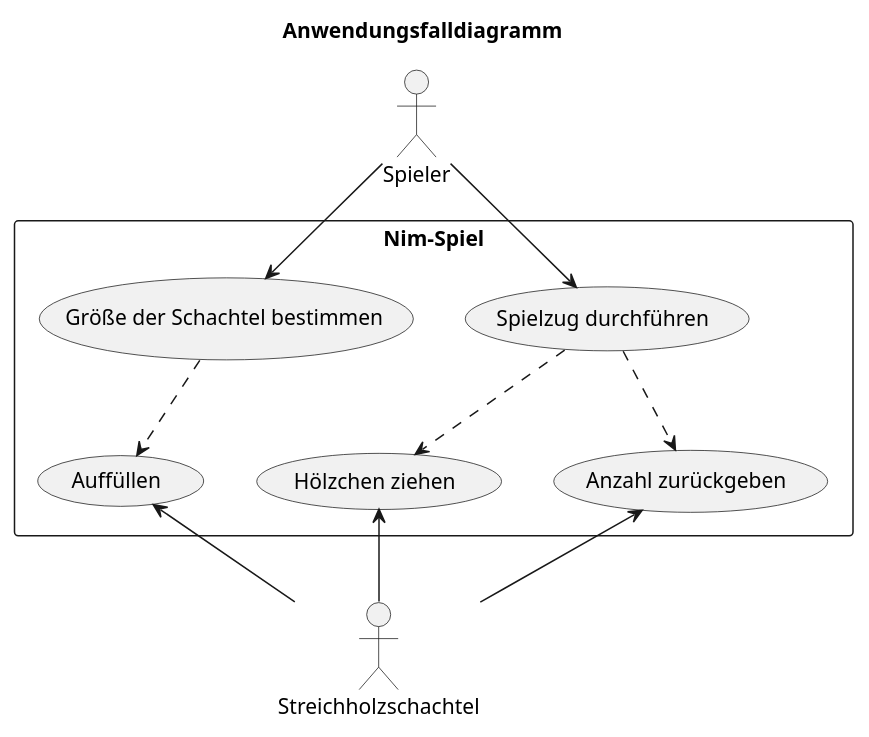
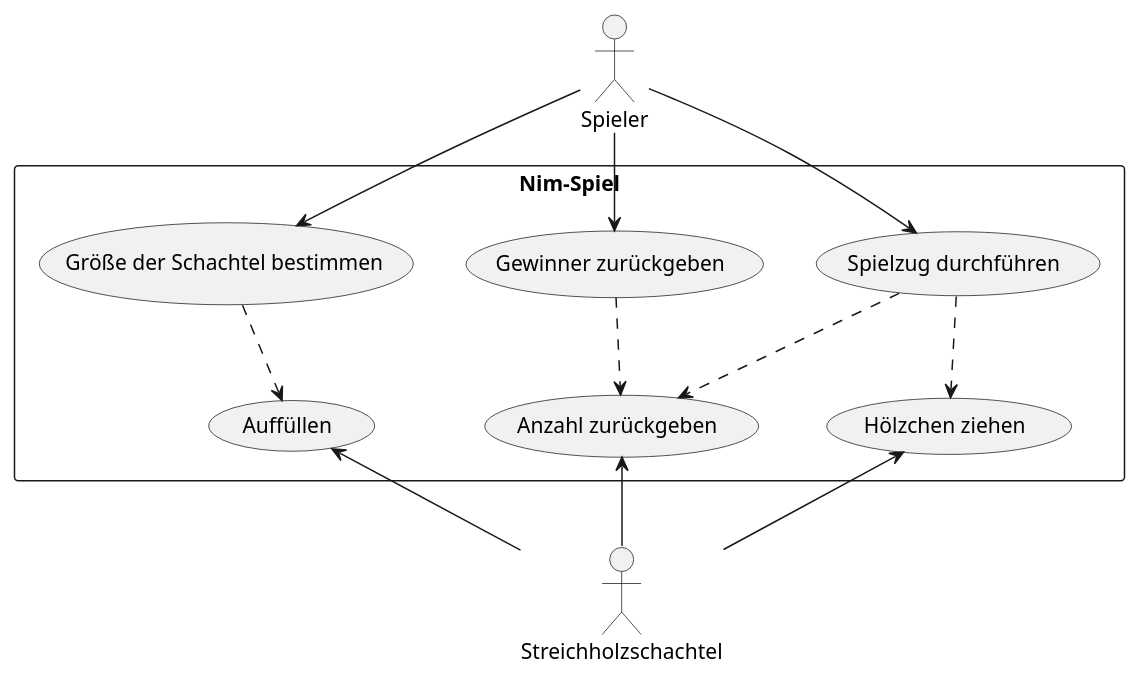
Before and after one commit to adrianschrader/nim: the diagram in res/usecase.puml, drawn with PlantUML. The commit also changed 2 other files, not shown here.

Commit message:
updated uml and use cases, refactored tests

```diff
--- a/res/usecase.puml
+++ b/res/usecase.puml
@@ -1,28 +1,30 @@
 @startuml
 
-title Anwendungsfalldiagramm
 skinparam monochrome true
 top to bottom direction
 
 :Spieler: as Player
 :Streichholzschachtel: as Box
 
 rectangle Nim-Spiel {
     (Auffüllen) as fillBox
     (Hölzchen ziehen) as drawMatch
     (Spielzug durchführen) as playTurn
     (Größe der Schachtel bestimmen) as setBox
     (Anzahl zurückgeben) as count
+    (Gewinner zurückgeben) as win
 }
 
 Box -up-> fillBox
 Box -up-> drawMatch
 Box --> count
 Player --> playTurn
 Player --> setBox
+Player --> win
 
 setBox ..> fillBox
 playTurn ..> drawMatch
 playTurn ..> count
+win ..> count
 
 @enduml
```
